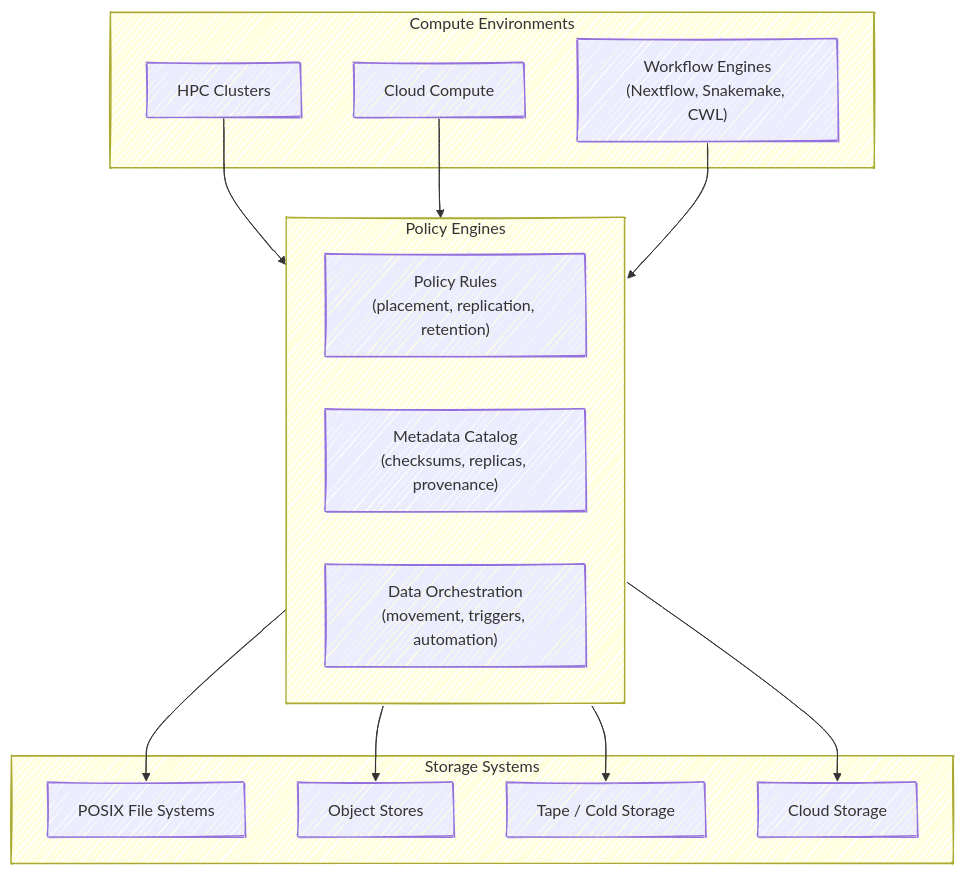
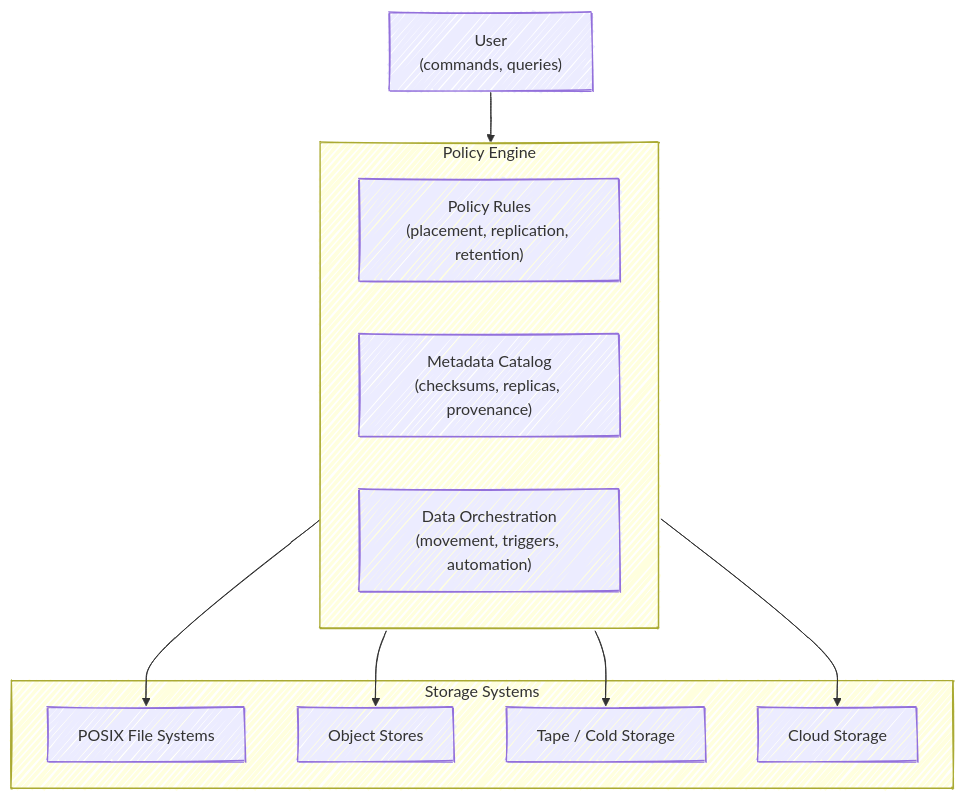
The second of 7 diagrams in book/data-repositories.qmd (chStaiger/rdm-fundamentals), drawn with Mermaid before and after one commit. The commit also changed other lines of this file, not shown here.

Commit message:
adjusting graphs

````diff
--- a/book/data-repositories.qmd
+++ b/book/data-repositories.qmd
@@ -154,35 +162,36 @@
 ```{mermaid}
 %%| label: fig-2
-%%| fig-cap: Policy engines coordinate storage for use in compute environments, enabling metadata‑driven automation and consistent digital‑object management across distributed systems.
+%%| fig-cap: Policy engines coordinate storage, enabling metadata‑driven automation and consistent digital‑object management across distributed systems.
 %%| fig-align: center
 %%{init: {"look": "handDrawn","flowchart": { "htmlLabels": false }}}%%
+%%| label: fig-2
+%%| fig-cap: The user interacts with the policy engine, which executes both user commands and automated policies while coordinating all access to storage.
+%%| fig-align: center
+%%{init: {"look": "handDrawn","flowchart": { "htmlLabels": false }}}%%
+
 flowchart TB
 
-    subgraph C["Compute Environments"]
-        HPC["HPC Clusters"]
-        Cloud["Cloud Compute"]
-        Workflow["Workflow Engines<br/>(Nextflow, Snakemake, CWL)"]
-    end
+    User["User<br/>(commands, queries)"]
 
-    subgraph P["Policy Engines"]
+    subgraph P["Policy Engine"]
         Rules["Policy Rules<br/>(placement, replication, retention)"]
         Catalog["Metadata Catalog<br/>(checksums, replicas, provenance)"]
         Orchestration["Data Orchestration<br/>(movement, triggers, automation)"]
     end
 
     subgraph S["Storage Systems"]
         POSIX["POSIX File Systems"]
         Object["Object Stores"]
         Tape["Tape / Cold Storage"]
         CloudStore["Cloud Storage"]
     end
 
-    HPC --> P
-    Cloud --> P
-    Workflow --> P
+    %% User interacts with Policy Engine
+    User --> P
 
+    %% Policy Engine interacts with storage
     P --> POSIX
     P --> Object
     P --> Tape
     P --> CloudStore
 ```
````
